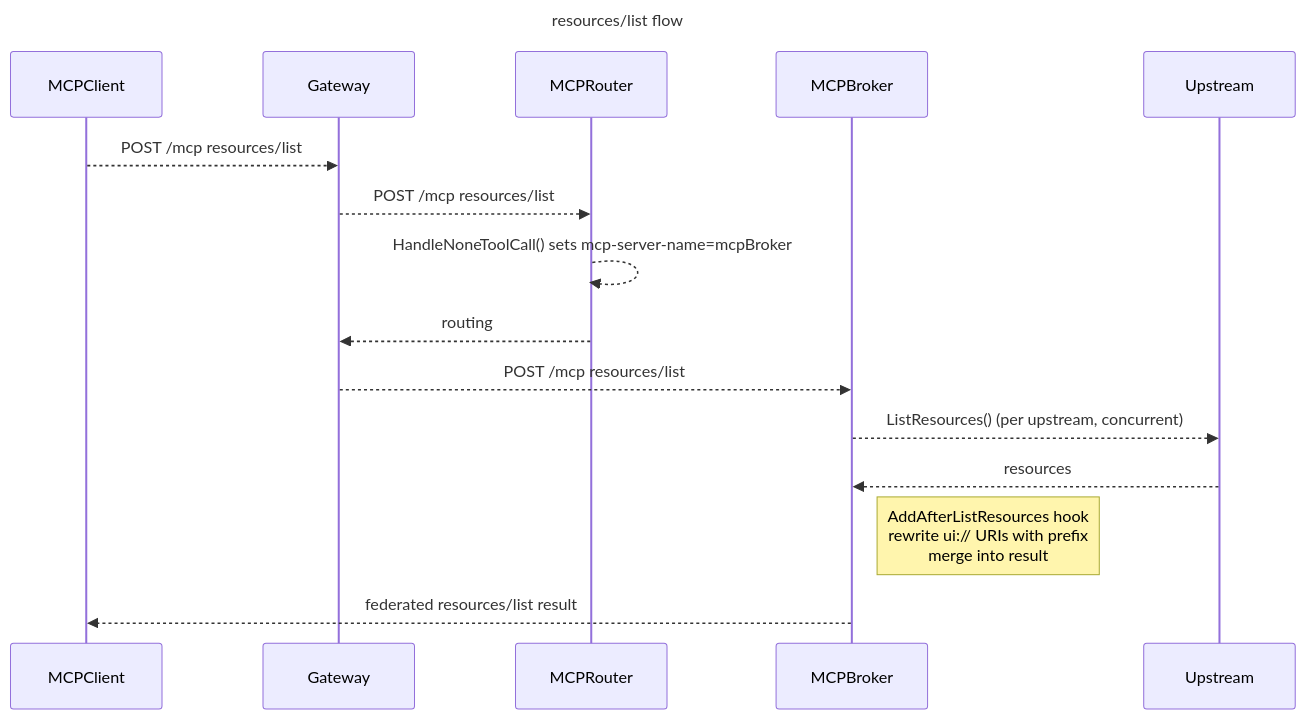
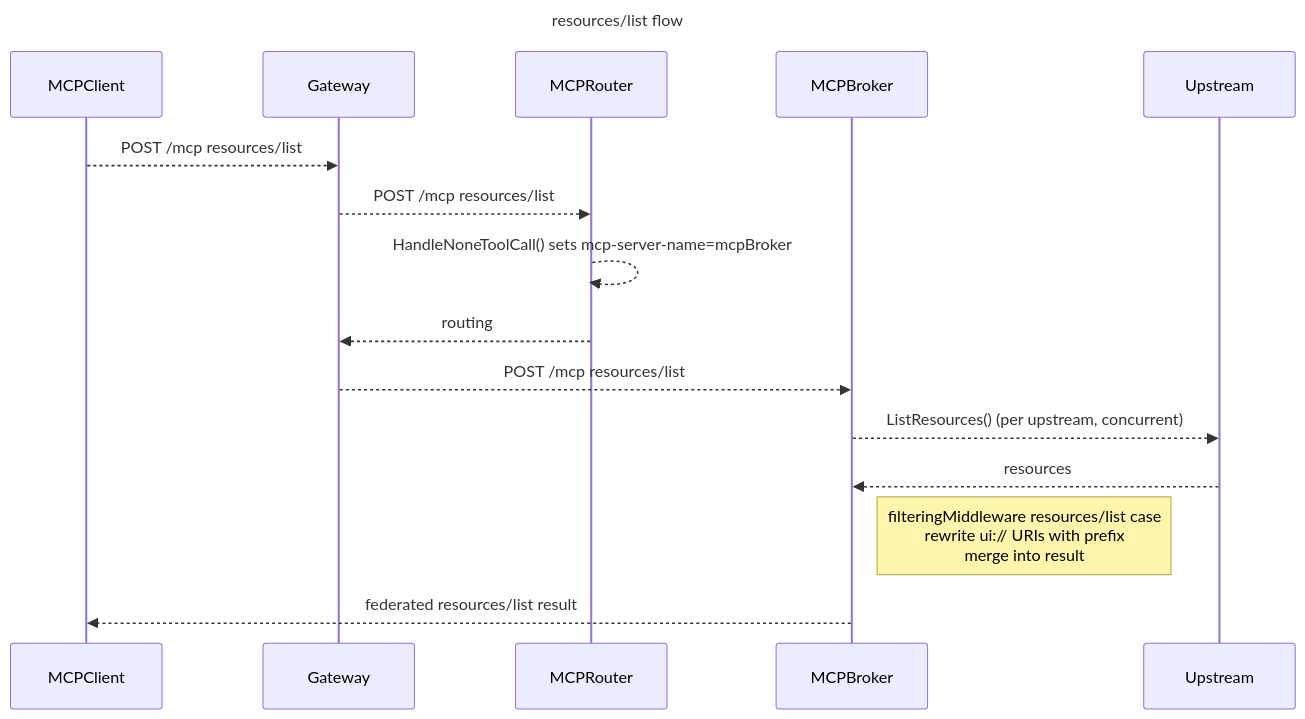
Before and after one commit to Aman-Cool/mcp-gateway: the first of 3 diagrams in docs/design/resources-federation/resources-federation-design.md, drawn with Mermaid. The commit also changed other lines of this file, not shown here.

First line of the commit message:
docs: address review feedback on resources federation design

````diff
--- a/docs/design/resources-federation/resources-federation-design.md
+++ b/docs/design/resources-federation/resources-federation-design.md
@@ -59,13 +61,13 @@
 ```mermaid
 sequenceDiagram
         title resources/list flow
         MCPClient-->>Gateway: POST /mcp resources/list
         Gateway-->>MCPRouter: POST /mcp resources/list
         MCPRouter-->>MCPRouter: HandleNoneToolCall() sets mcp-server-name=mcpBroker
         MCPRouter-->>Gateway: routing
         Gateway-->>MCPBroker: POST /mcp resources/list
         MCPBroker-->>Upstream: ListResources() (per upstream, concurrent)
         Upstream-->>MCPBroker: resources
-        note right of MCPBroker: AddAfterListResources hook<br/>rewrite ui:// URIs with prefix<br/>merge into result
+        note right of MCPBroker: filteringMiddleware resources/list case<br/>rewrite ui:// URIs with prefix<br/>merge into result
         MCPBroker-->>MCPClient: federated resources/list result
 ```
````
